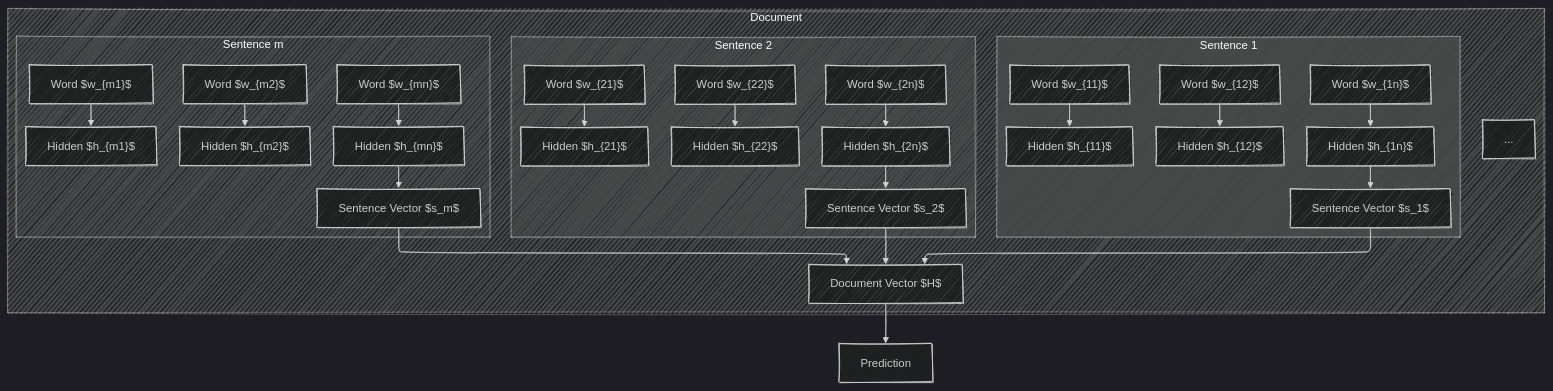
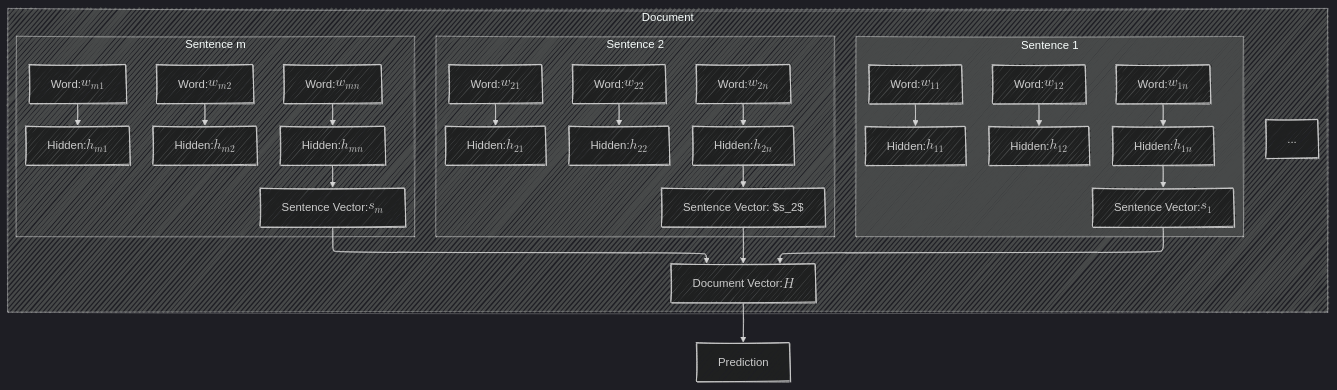
One commit to CongLeSolutionX/AlgoVerse changed the first of 3 diagrams in The_Golden_Nugget/Hierarchical_Encoding_in_NLP.md. Above: the diagram before and after it, drawn with Mermaid. The commit also changed other lines of this file, not shown here.

````diff
--- a/The_Golden_Nugget/Hierarchical_Encoding_in_NLP.md
+++ b/The_Golden_Nugget/Hierarchical_Encoding_in_NLP.md
@@ -98,38 +98,38 @@
 ```mermaid
 ---
 config:
   layout: elk
   look: handDrawn
   theme: dark
 ---
 flowchart TB
     subgraph Document
         subgraph Sentence_1["Sentence 1"]
-            w_11["Word $w_{11}$"] --> h_11["Hidden $h_{11}$"]
-            w_12["Word $w_{12}$"] --> h_12["Hidden $h_{12}$"]
-            w_1n["Word $w_{1n}$"] --> h_1n["Hidden $h_{1n}$"]
-            h_1n --> s_1[Sentence Vector $s_1$]
+            w_11["Word: $$w_{11}$$"] --> h_11["Hidden: $$h_{11}$$"]
+            w_12["Word: $$w_{12}$$"] --> h_12["Hidden: $$h_{12}$$"]
+            w_1n["Word: $$w_{1n}$$"] --> h_1n["Hidden: $$h_{1n}$$"]
+            h_1n --> s_1[Sentence Vector: $$s_1$$]
         end
         
         subgraph Sentence_2["Sentence 2"]
-            w_21["Word $w_{21}$"] --> h_21["Hidden $h_{21}$"]
-            w_22["Word $w_{22}$"] --> h_22["Hidden $h_{22}$"]
-            w_2n["Word $w_{2n}$"] --> h_2n["Hidden $h_{2n}$"]
-            h_2n --> s_2["Sentence Vector $s_2$"]
+            w_21["Word: $$w_{21}$$"] --> h_21["Hidden: $$h_{21}$$"]
+            w_22["Word: $$w_{22}$$"] --> h_22["Hidden: $$h_{22}$$"]
+            w_2n["Word: $$w_{2n}$$"] --> h_2n["Hidden: $$h_{2n}$$"]
+            h_2n --> s_2["Sentence Vector: $s_2$"]
         end
         ...
         
         subgraph Sentence_m["Sentence m"]
-            w_m1["Word $w_{m1}$"] --> h_m1["Hidden $h_{m1}$"]
-            w_m2["Word $w_{m2}$"] --> h_m2["Hidden $h_{m2}$"]
-            w_mn["Word $w_{mn}$"] --> h_mn["Hidden $h_{mn}$"]
-            h_mn --> s_m["Sentence Vector $s_m$"]
+            w_m1["Word: $$w_{m1}$$"] --> h_m1["Hidden: $$h_{m1}$$"]
+            w_m2["Word: $$w_{m2}$$"] --> h_m2["Hidden: $$h_{m2}$$"]
+            w_mn["Word: $$w_{mn}$$"] --> h_mn["Hidden: $$h_{mn}$$"]
+            h_mn --> s_m["Sentence Vector: $$s_m$$"]
         end
         
-        s_1 --> H["Document Vector $H$"]
+        s_1 --> H["Document Vector: $$H$$"]
         s_2 --> H
         ...
         s_m --> H
     end
     H --> Output[Prediction]
 ```
````
